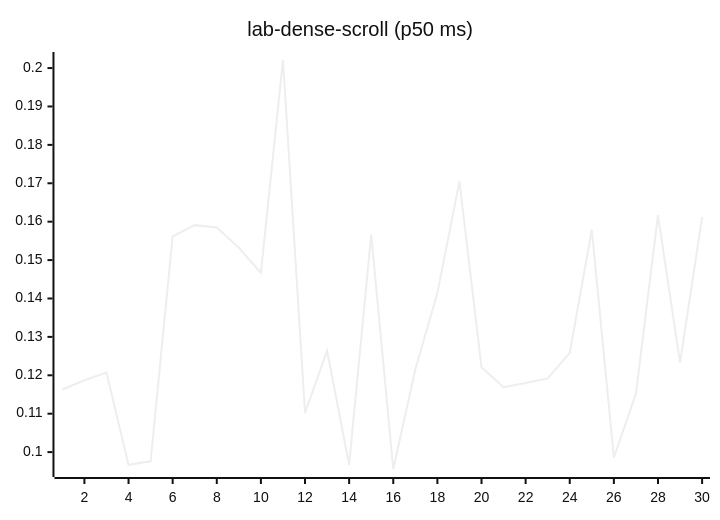
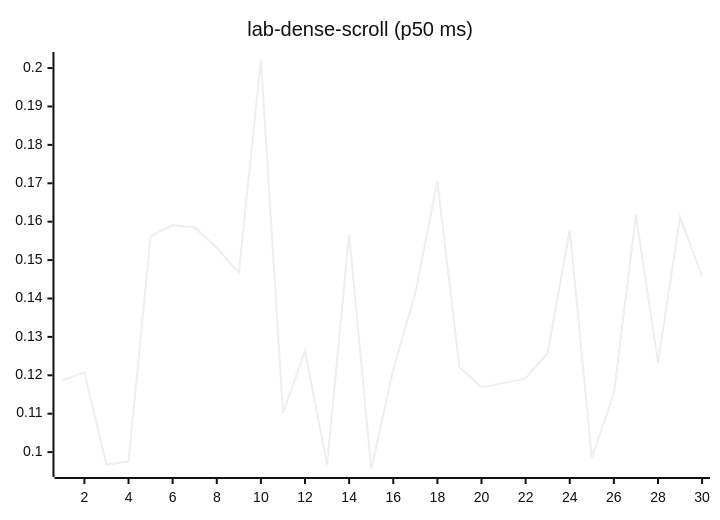
Diagram 12 of 27 in README.md (josha/Facet), drawn with Mermaid (neutral theme) before and after one commit. The commit also changed other lines of this file and 2 other files, not shown here.

````diff
--- a/README.md
+++ b/README.md
@@ -140,6 +140,6 @@
 ```mermaid
 xychart-beta
     title "lab-dense-scroll (p50 ms)"
     x-axis 1 --> 30
-    line [0.1163, 0.1187, 0.1207, 0.0967, 0.0976, 0.1562, 0.1591, 0.1585, 0.1532, 0.1467, 0.2021, 0.1102, 0.1264, 0.0967, 0.1567, 0.0956, 0.1215, 0.1414, 0.1705, 0.1221, 0.1169, 0.1180, 0.1192, 0.1258, 0.1579, 0.0986, 0.1152, 0.1617, 0.1233, 0.1612]
+    line [0.1187, 0.1207, 0.0967, 0.0976, 0.1562, 0.1591, 0.1585, 0.1532, 0.1467, 0.2021, 0.1102, 0.1264, 0.0967, 0.1567, 0.0956, 0.1215, 0.1414, 0.1705, 0.1221, 0.1169, 0.1180, 0.1192, 0.1258, 0.1579, 0.0986, 0.1152, 0.1617, 0.1233, 0.1612, 0.1458]
 ```
````
